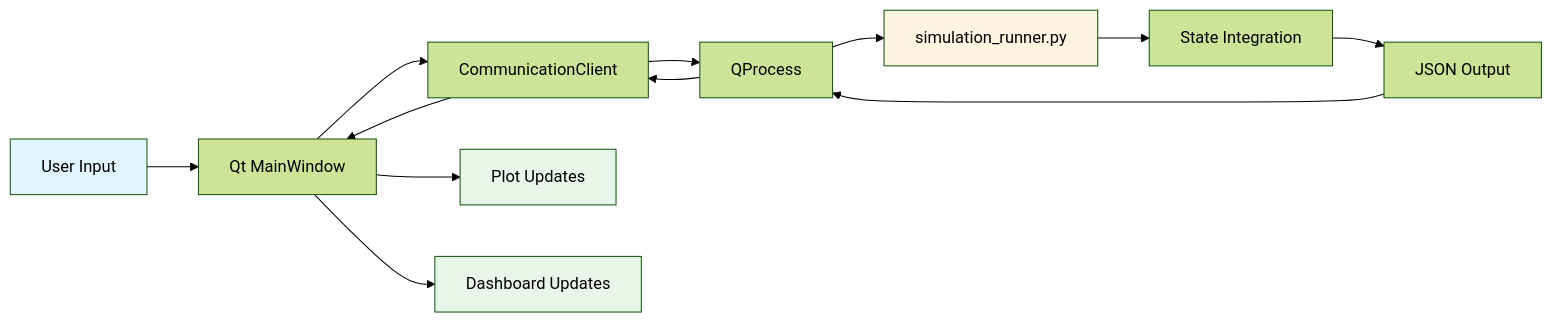
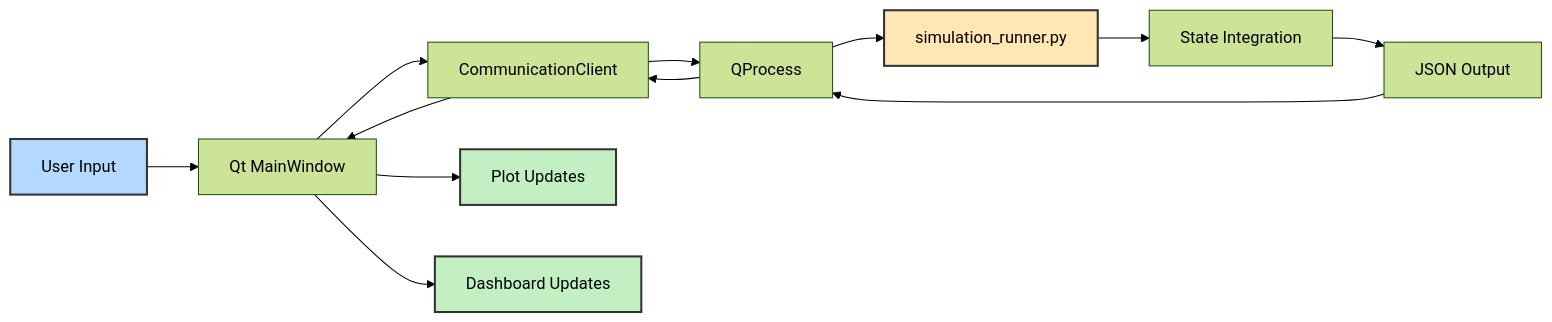
Before and after one commit to chetan0021/monitoring-rotory-valve: the fourth of 6 diagrams in README.md, drawn with Mermaid (forest theme). The commit also changed other lines of this file, not shown here.

Commit message:
Fix remaining Mermaid diagram text visibility issues

````diff
--- a/README.md
+++ b/README.md
@@ -456,19 +456,19 @@
 ```mermaid
 flowchart LR
     A[User Input] --> B[Qt MainWindow]
     B --> C[CommunicationClient]
     C --> D[QProcess]
     D --> E[simulation_runner.py]
     E --> F[State Integration]
     F --> G[JSON Output]
     G --> D
     D --> C
     C --> B
     B --> H[Plot Updates]
     B --> I[Dashboard Updates]
     
-    style A fill:#e1f5ff
-    style E fill:#fff4e1
-    style H fill:#e8f5e9
-    style I fill:#e8f5e9
+    style A fill:#b3d9ff,stroke:#333,stroke-width:2px,color:#000
+    style E fill:#ffe6b3,stroke:#333,stroke-width:2px,color:#000
+    style H fill:#c2f0c2,stroke:#333,stroke-width:2px,color:#000
+    style I fill:#c2f0c2,stroke:#333,stroke-width:2px,color:#000
 ```
````
